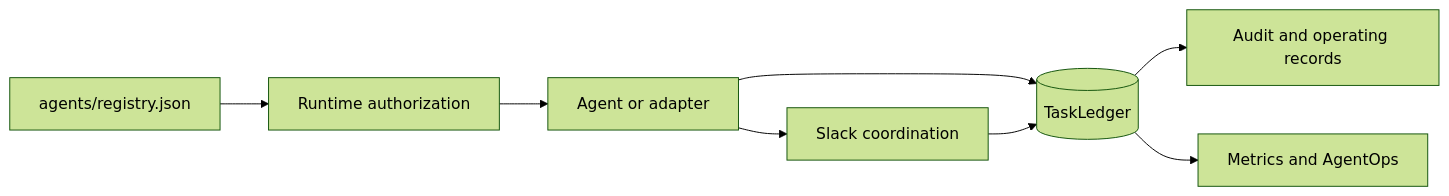
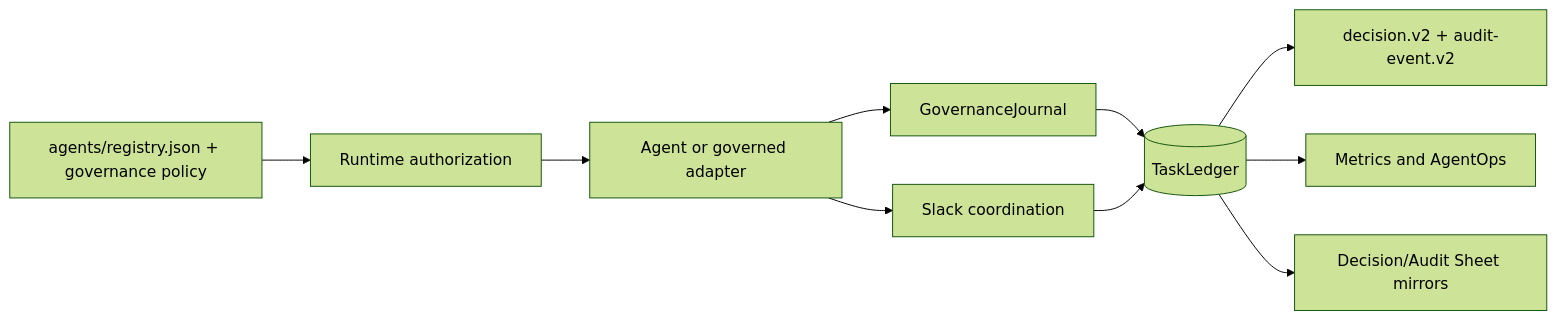
One commit to mkleinbe/mesh-ai-agent-cos-universe changed the diagram in AGENTS.md. Above: the diagram before and after it, drawn with Mermaid (forest theme). The commit also changed other lines of this file, not shown here.

Commit message:
docs: require governance journal across all agents and skills

````diff
--- a/AGENTS.md
+++ b/AGENTS.md
@@ -28,10 +44,12 @@
 ```mermaid
 flowchart LR
-    R[agents/registry.json] --> AUTH[Runtime authorization]
-    AUTH --> AG[Agent or adapter]
-    AG --> L[(TaskLedger)]
-    L --> AUD[Audit and operating records]
+    R[agents/registry.json + governance policy] --> AUTH[Runtime authorization]
+    AUTH --> AG[Agent or governed adapter]
+    AG --> GOV[GovernanceJournal]
+    GOV --> L[(TaskLedger)]
+    L --> AUD[decision.v2 + audit-event.v2]
     L --> MET[Metrics and AgentOps]
+    L --> SHEETS[Decision/Audit Sheet mirrors]
     AG --> SL[Slack coordination]
     SL --> L
 ```
````
